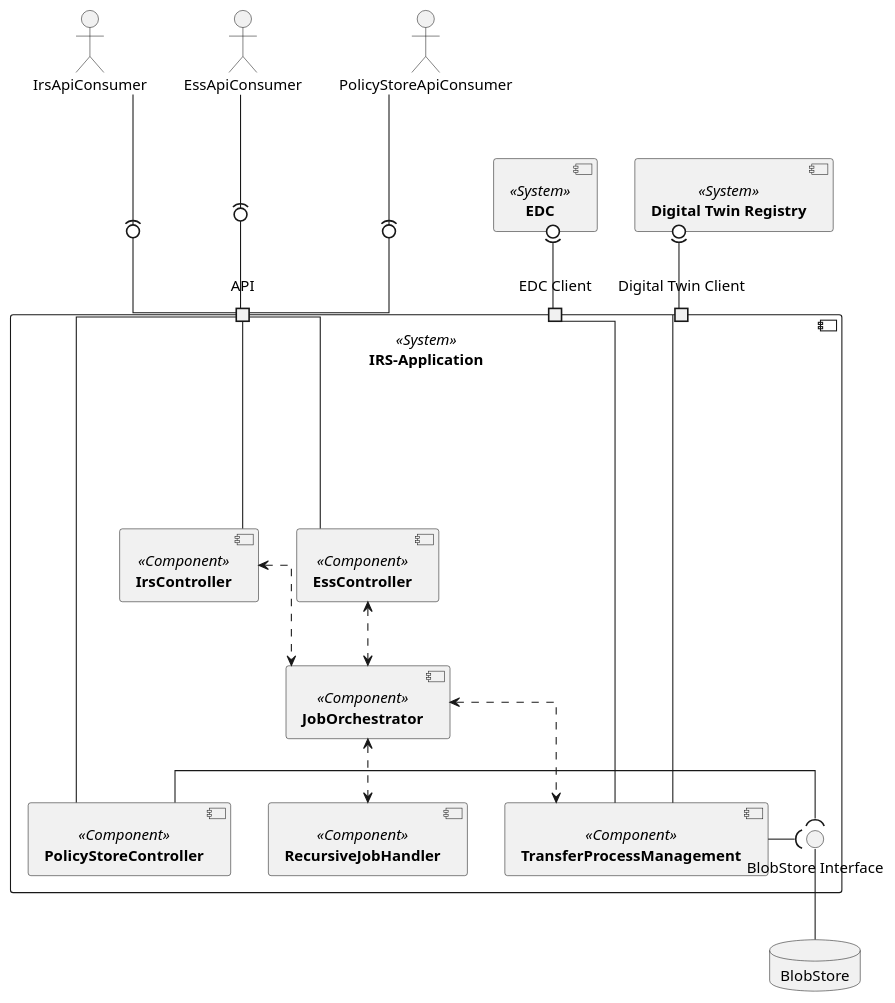
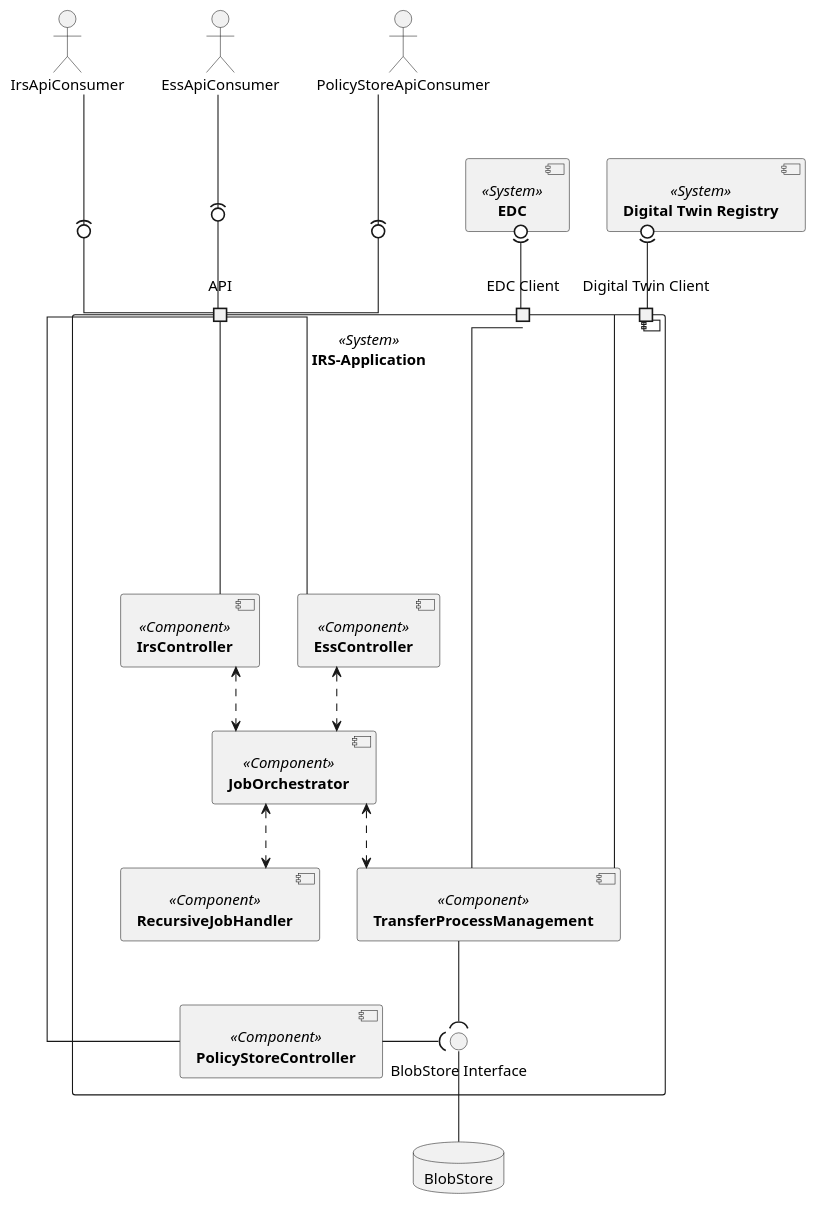
One commit to eclipse-tractusx/item-relationship-service changed the diagram in docs/src/uml-diagrams/building-block-view/building-block-view.puml. Above: the diagram before and after it, drawn with PlantUML.

```diff
--- a/docs/src/uml-diagrams/building-block-view/building-block-view.puml
+++ b/docs/src/uml-diagrams/building-block-view/building-block-view.puml
@@ -1,55 +1,55 @@
 @startuml
 skinparam monochrome true
 skinparam shadowing false
 skinparam linetype ortho
 skinparam defaultFontName "Architects daughter"
 
 
 actor IrsApiConsumer
 actor EssApiConsumer
 actor PolicyStoreApiConsumer
 
 component [**Digital Twin Registry**] <<System>> as DTR
 component [**EDC**] <<System>> as EDC
 
 component [**IRS-Application**] <<System>> as IRS {
     component [**RecursiveJobHandler**] <<Component>> as RecursiveJobHandler
     component [**IrsController**] <<Component>> as IrsController
     component [**PolicyStoreController**] <<Component>> as PolicyStoreController
     component [**EssController**] <<Component>> as EssController
     component [**JobOrchestrator**] <<Component>> as JobOrchestrator
     component [**TransferProcessManagement**] <<Component>> as TransferProcessManagement
 
     port "API" as API_PORT
     port "Digital Twin Client" as AAS_PORT
     port "EDC Client" as EDC_PORT
     () "BlobStore Interface" as StoreInterface
 
     IrsController <..> JobOrchestrator
     JobOrchestrator <..> TransferProcessManagement
     JobOrchestrator <..> RecursiveJobHandler
-    TransferProcessManagement -( StoreInterface
+    TransferProcessManagement --( StoreInterface
     PolicyStoreController -( StoreInterface
     EssController <..> JobOrchestrator
 }
 
 
 
 
 
 IrsController -up- API_PORT
 PolicyStoreController -down- API_PORT
 EssController -down- API_PORT
 IrsApiConsumer --down(0- API_PORT
 EssApiConsumer --down(0- API_PORT
 PolicyStoreApiConsumer --(0- API_PORT
 
 TransferProcessManagement --right-- AAS_PORT
 TransferProcessManagement --right-- EDC_PORT
 
 AAS_PORT -up-(0 DTR
 EDC_PORT -up-(0 EDC
 
 database "BlobStore" as BlobStore
 StoreInterface -down- BlobStore
 @enduml
```
